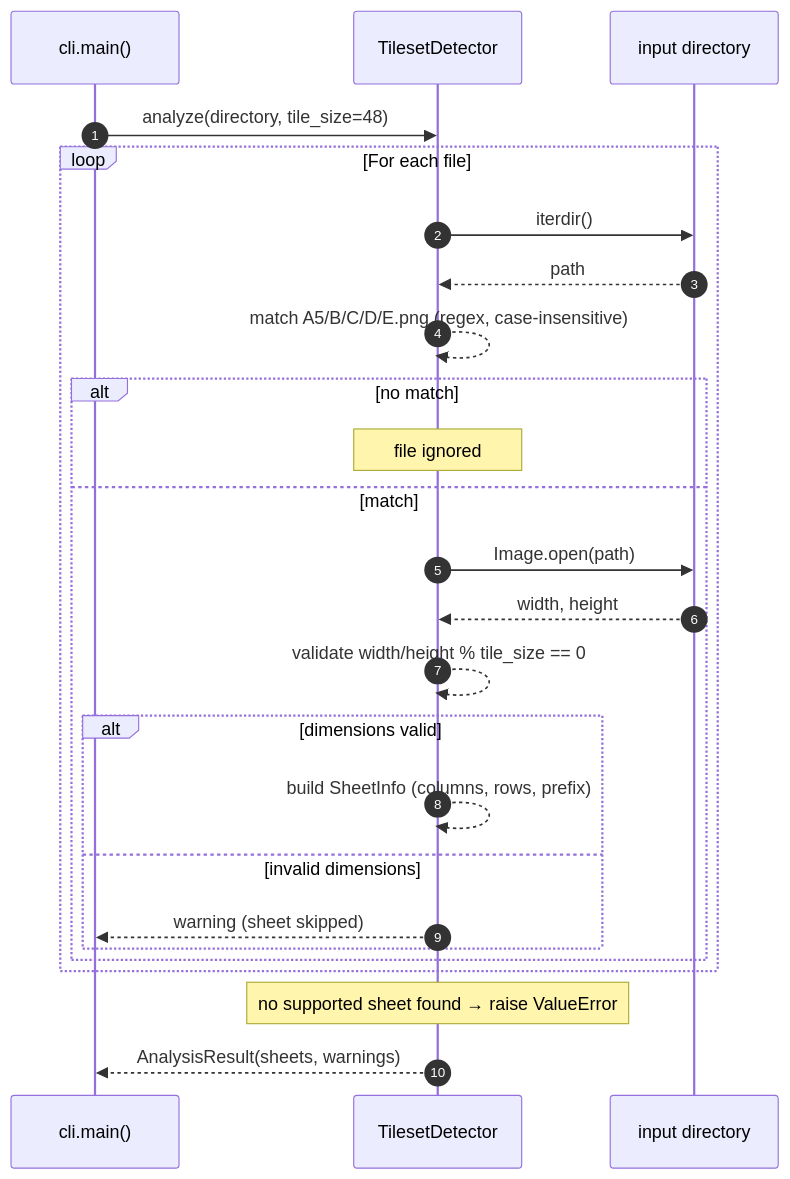
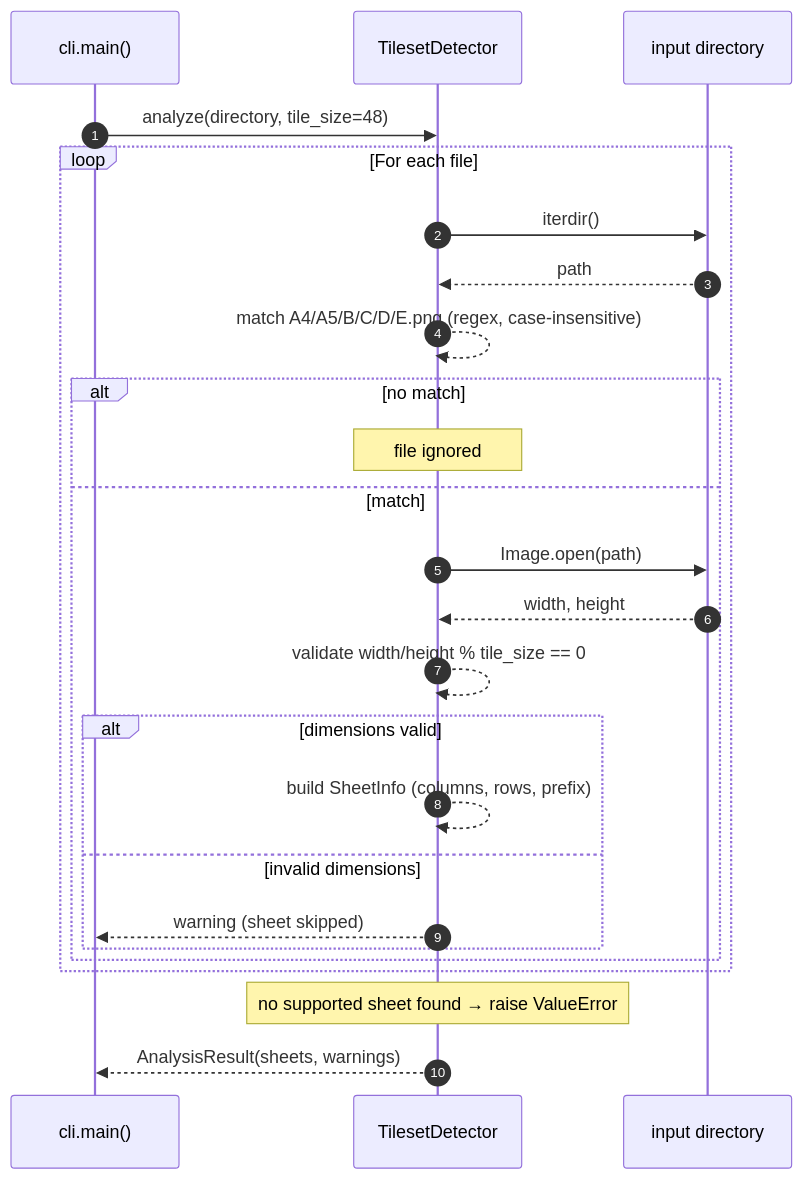
The second of 4 diagrams in README.md (ultra-sonic-28/rpgmaker2godot), drawn with Mermaid before and after one commit. The commit also changed other lines of this file, not shown here.

````diff
--- a/README.md
+++ b/README.md
@@ -215,28 +220,28 @@
 ```mermaid
 sequenceDiagram
     autonumber
     participant CLI as cli.main()
     participant D as TilesetDetector
     participant FS as input directory
 
     CLI->>D: analyze(directory, tile_size=48)
     loop For each file
         D->>FS: iterdir()
         FS-->>D: path
-        D-->>D: match A5/B/C/D/E.png (regex, case-insensitive)
+        D-->>D: match A4/A5/B/C/D/E.png (regex, case-insensitive)
         alt no match
             Note over D: file ignored
         else match
             D->>FS: Image.open(path)
             FS-->>D: width, height
             D-->>D: validate width/height % tile_size == 0
             alt dimensions valid
                 D-->>D: build SheetInfo (columns, rows, prefix)
             else invalid dimensions
                 D-->>CLI: warning (sheet skipped)
             end
         end
     end
     Note over D: no supported sheet found → raise ValueError
     D-->>CLI: AnalysisResult(sheets, warnings)
 ```
````
